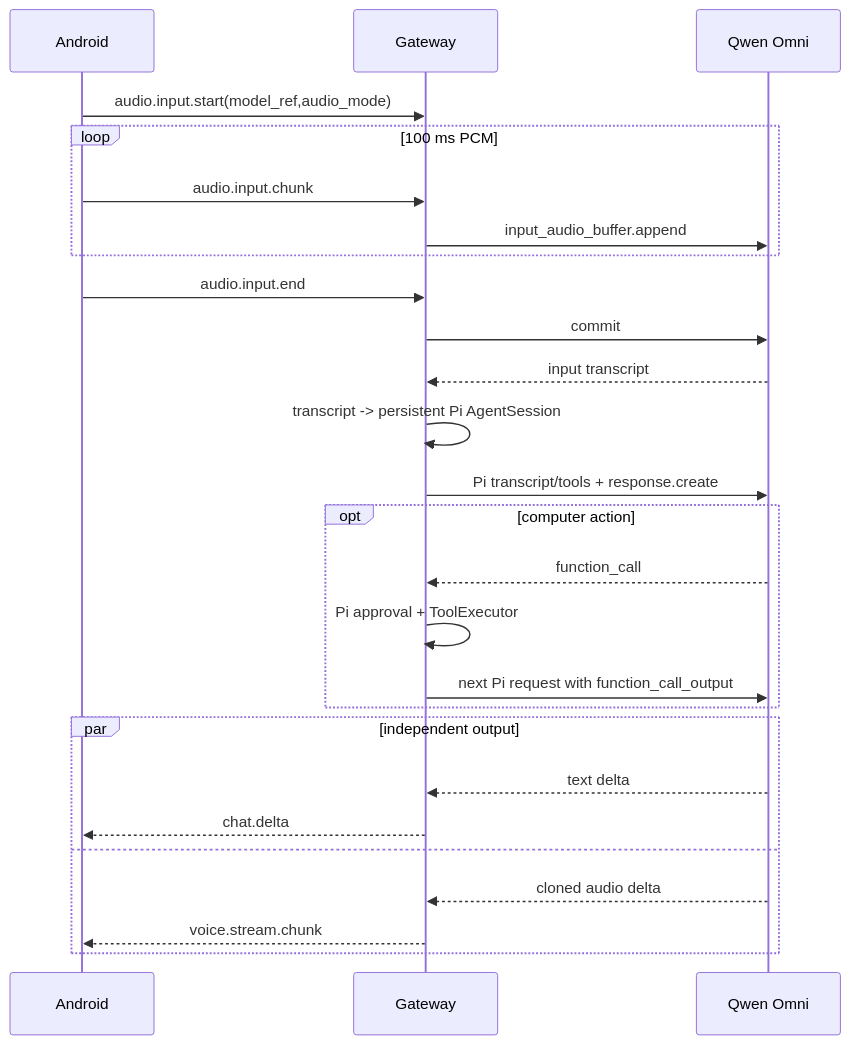
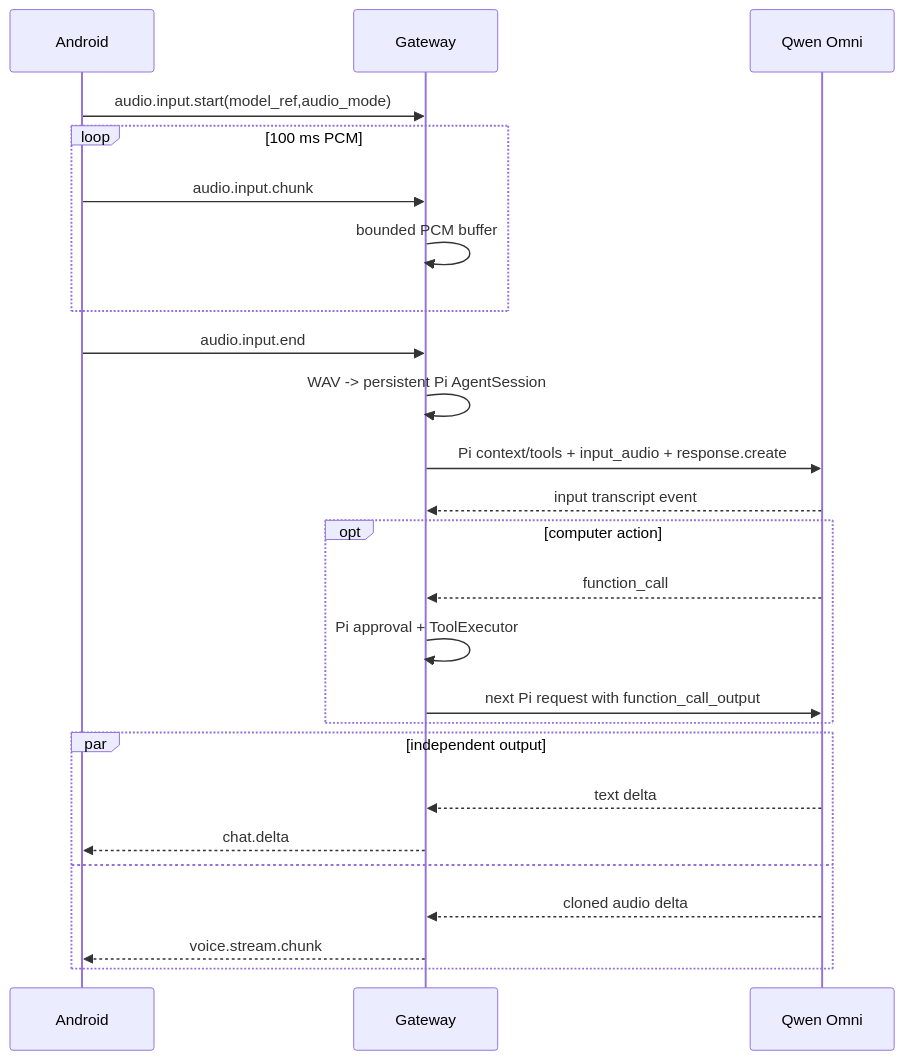
Before and after one commit to sdyzjx/open-yachiyo: the diagram in docs/features/FEAT-voice-omni-audio.md, drawn with Mermaid. The commit also changed other lines of this file and 18 other files, not shown here.

````diff
--- a/docs/features/FEAT-voice-omni-audio.md
+++ b/docs/features/FEAT-voice-omni-audio.md
@@ -23,28 +23,27 @@
 ```mermaid
 sequenceDiagram
   participant A as Android
   participant G as Gateway
   participant Q as Qwen Omni
   A->>G: audio.input.start(model_ref,audio_mode)
   loop 100 ms PCM
     A->>G: audio.input.chunk
-    G->>Q: input_audio_buffer.append
+    G->>G: bounded PCM buffer
   end
   A->>G: audio.input.end
-  G->>Q: commit
-  Q-->>G: input transcript
-  G->>G: transcript -> persistent Pi AgentSession
-  G->>Q: Pi transcript/tools + response.create
+  G->>G: WAV -> persistent Pi AgentSession
+  G->>Q: Pi context/tools + input_audio + response.create
+  Q-->>G: input transcript event
   opt computer action
     Q-->>G: function_call
     G->>G: Pi approval + ToolExecutor
     G->>Q: next Pi request with function_call_output
   end
   par independent output
     Q-->>G: text delta
     G-->>A: chat.delta
   and
     Q-->>G: cloned audio delta
     G-->>A: voice.stream.chunk
   end
 ```
````
